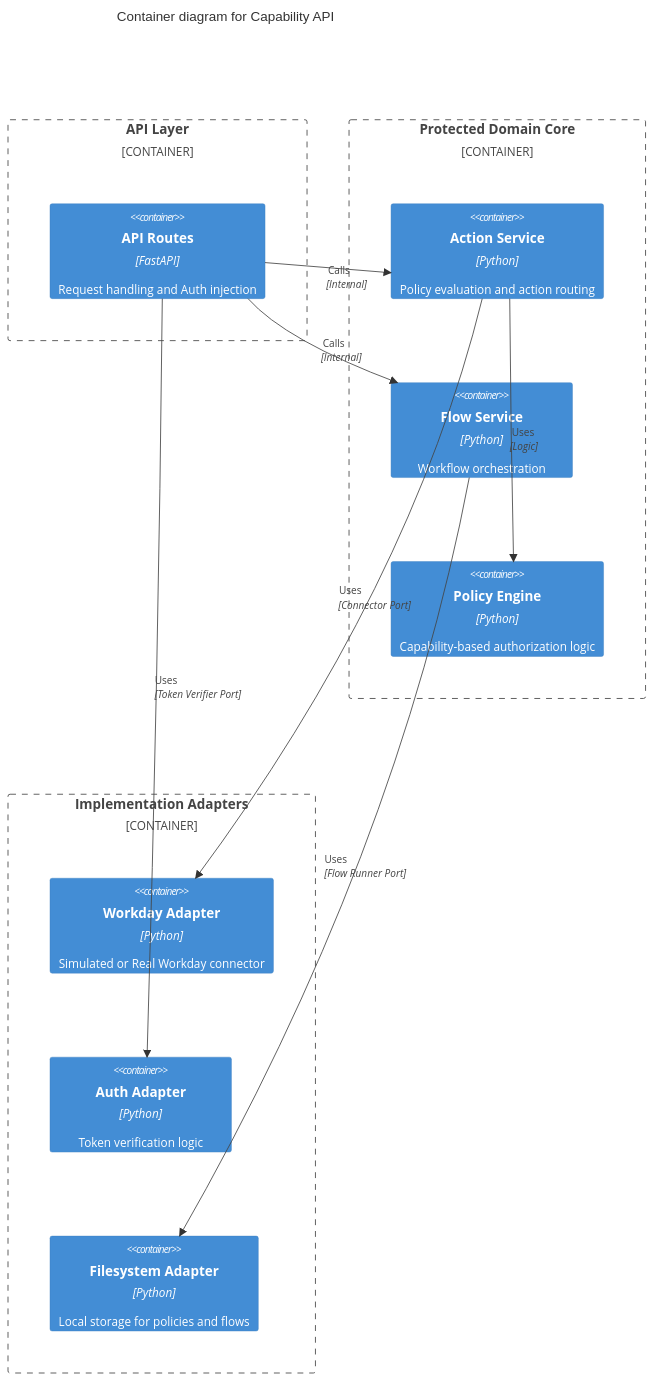
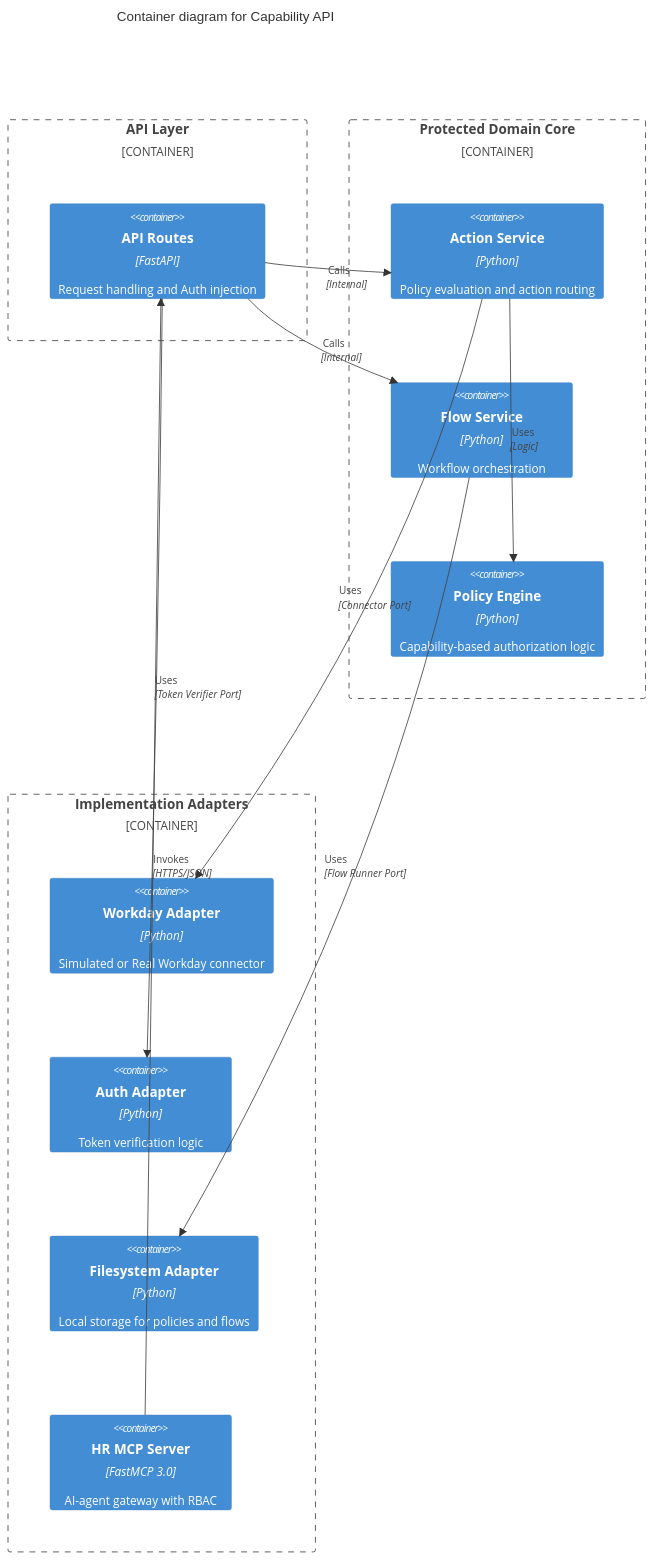
One commit to mb46010/capability_API changed the second of 2 diagrams in docs/architecture.md. Above: the diagram before and after it, drawn with Mermaid. The commit also changed other lines of this file and 48 other files, not shown here.

````diff
--- a/docs/architecture.md
+++ b/docs/architecture.md
@@ -32,29 +32,32 @@
 ```mermaid
 C4Container
   title Container diagram for Capability API
   
   Container_Boundary(api_boundary, "API Layer") {
     Container(routes, "API Routes", "FastAPI", "Request handling and Auth injection")
   }
 
   Container_Boundary(core_boundary, "Protected Domain Core") {
     Container(action_service, "Action Service", "Python", "Policy evaluation and action routing")
     Container(flow_service, "Flow Service", "Python", "Workflow orchestration")
     Container(policy_engine, "Policy Engine", "Python", "Capability-based authorization logic")
   }
 
   Container_Boundary(adapter_boundary, "Implementation Adapters") {
     Container(workday_adapter, "Workday Adapter", "Python", "Simulated or Real Workday connector")
     Container(auth_adapter, "Auth Adapter", "Python", "Token verification logic")
     Container(fs_adapter, "Filesystem Adapter", "Python", "Local storage for policies and flows")
+    Container(mcp_server, "HR MCP Server", "FastMCP 3.0", "AI-agent gateway with RBAC")
   }
+
+  Rel(mcp_server, routes, "Invokes", "HTTPS/JSON")
 
   Rel(routes, action_service, "Calls", "Internal")
   Rel(routes, flow_service, "Calls", "Internal")
   
   Rel(action_service, policy_engine, "Uses", "Logic")
   
   Rel(action_service, workday_adapter, "Uses", "Connector Port")
   Rel(flow_service, fs_adapter, "Uses", "Flow Runner Port")
   Rel(routes, auth_adapter, "Uses", "Token Verifier Port")
 ```
````
